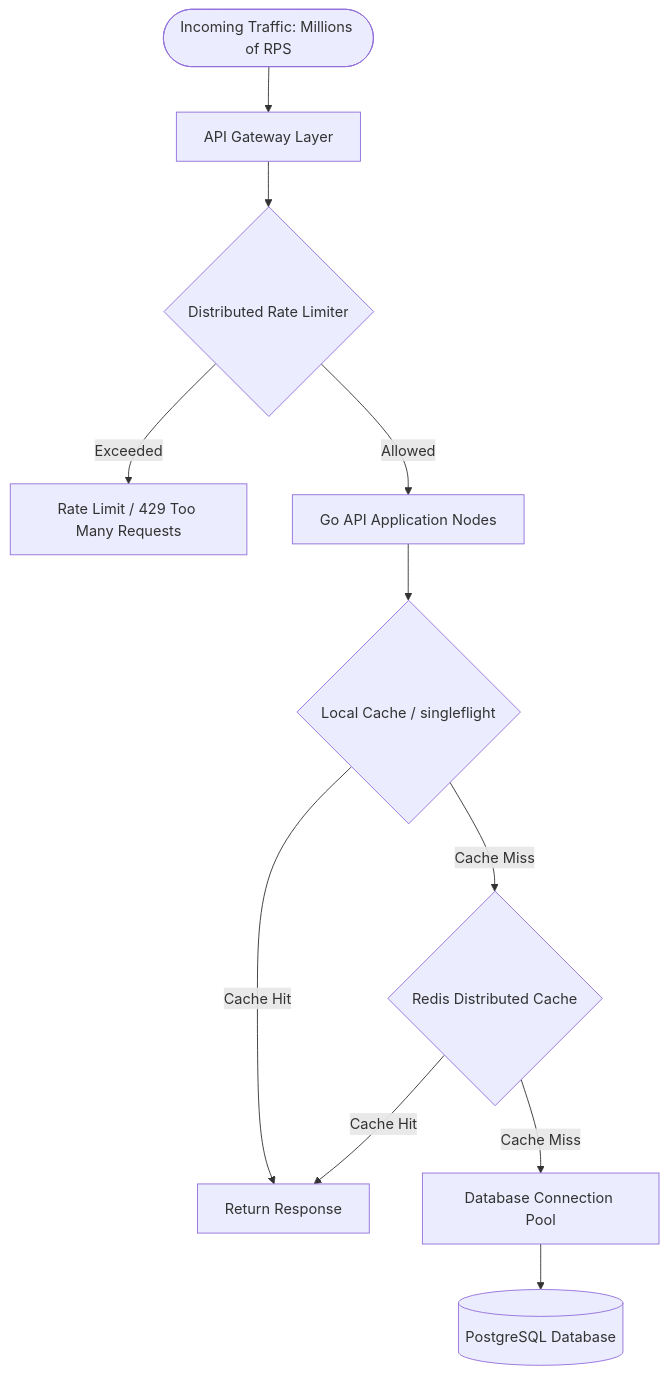
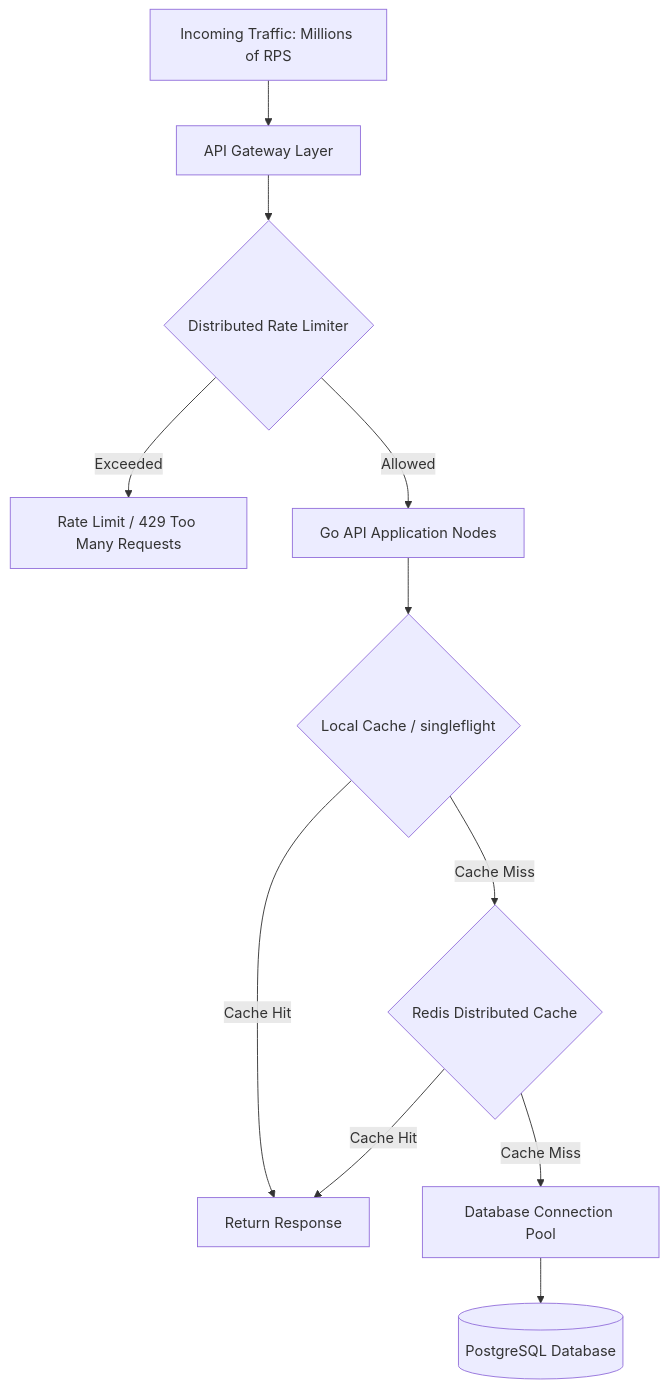
Before and after one commit to vesviet/vesviet: the first of 2 diagrams in content/series/high-concurrency-systems/executive-summary.md, drawn with Mermaid. The commit also changed other lines of this file and 280 other files, not shown here.

````diff
--- a/content/series/high-concurrency-systems/executive-summary.md
+++ b/content/series/high-concurrency-systems/executive-summary.md
@@ -37,13 +41,13 @@
 ```mermaid
 graph TD
-    User([Incoming Traffic: Millions of RPS]) --> Gateway[API Gateway Layer]
+    User["Incoming Traffic: Millions of RPS"] --> Gateway[API Gateway Layer]
     Gateway --> RateLimiter{Distributed Rate Limiter}
-    RateLimiter -- Exceeded --> Reject[Rate Limit / 429 Too Many Requests]
-    RateLimiter -- Allowed --> AppNode[Go API Application Nodes]
-    AppNode --> LocalCache{Local Cache / singleflight}
-    LocalCache -- Cache Hit --> Return[Return Response]
-    LocalCache -- Cache Miss --> DistributedCache{Redis Distributed Cache}
-    DistributedCache -- Cache Hit --> Return
-    DistributedCache -- Cache Miss --> DBConnPool[Database Connection Pool]
-    DBConnPool --> DB[(PostgreSQL Database)]
+    RateLimiter -->|"Exceeded"| Reject["Rate Limit / 429 Too Many Requests"]
+    RateLimiter -->|"Allowed"| AppNode[Go API Application Nodes]
+    AppNode --> LocalCache{"Local Cache / singleflight"}
+    LocalCache -->|"Cache Hit"| Return[Return Response]
+    LocalCache -->|"Cache Miss"| DistributedCache{Redis Distributed Cache}
+    DistributedCache -->|"Cache Hit"| Return
+    DistributedCache -->|"Cache Miss"| DBConnPool[Database Connection Pool]
+    DBConnPool --> DB[("PostgreSQL Database")]
 ```
````
